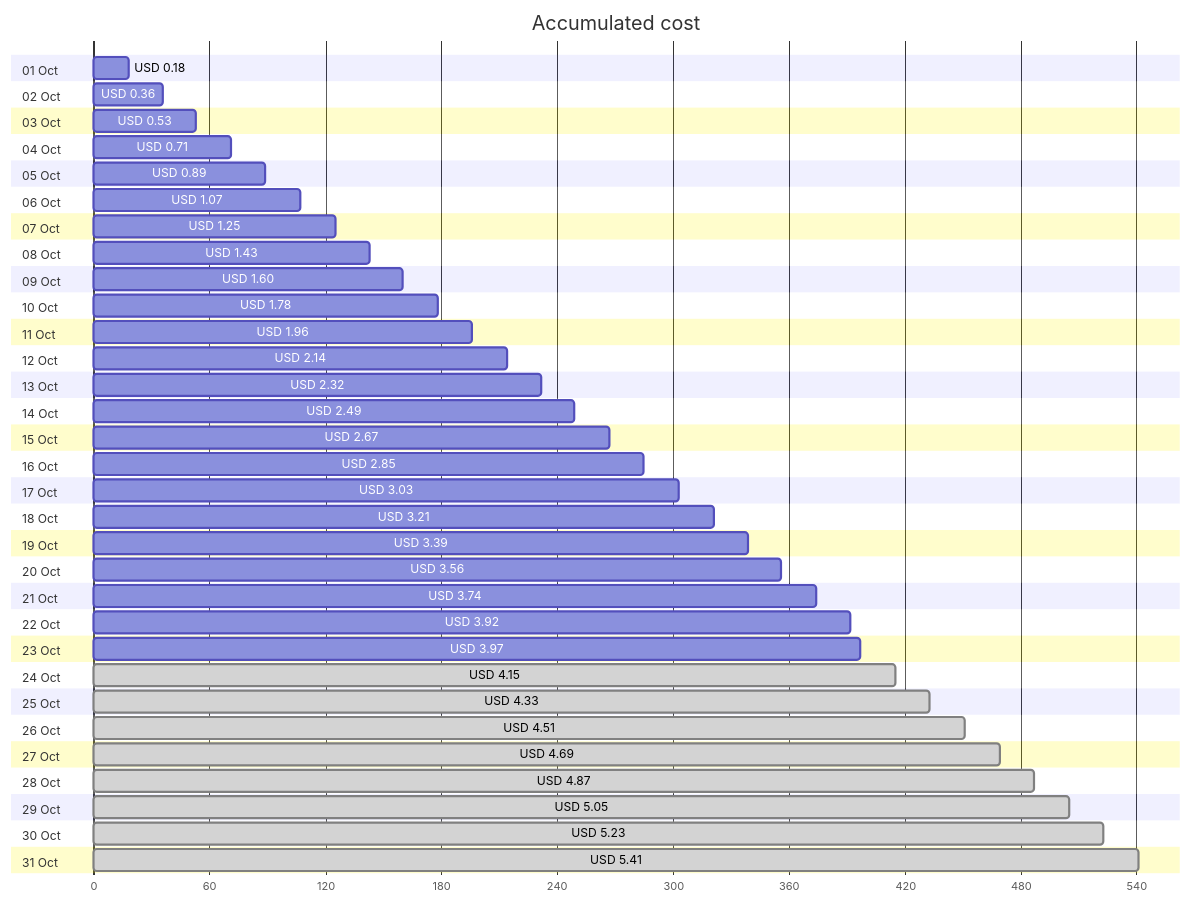
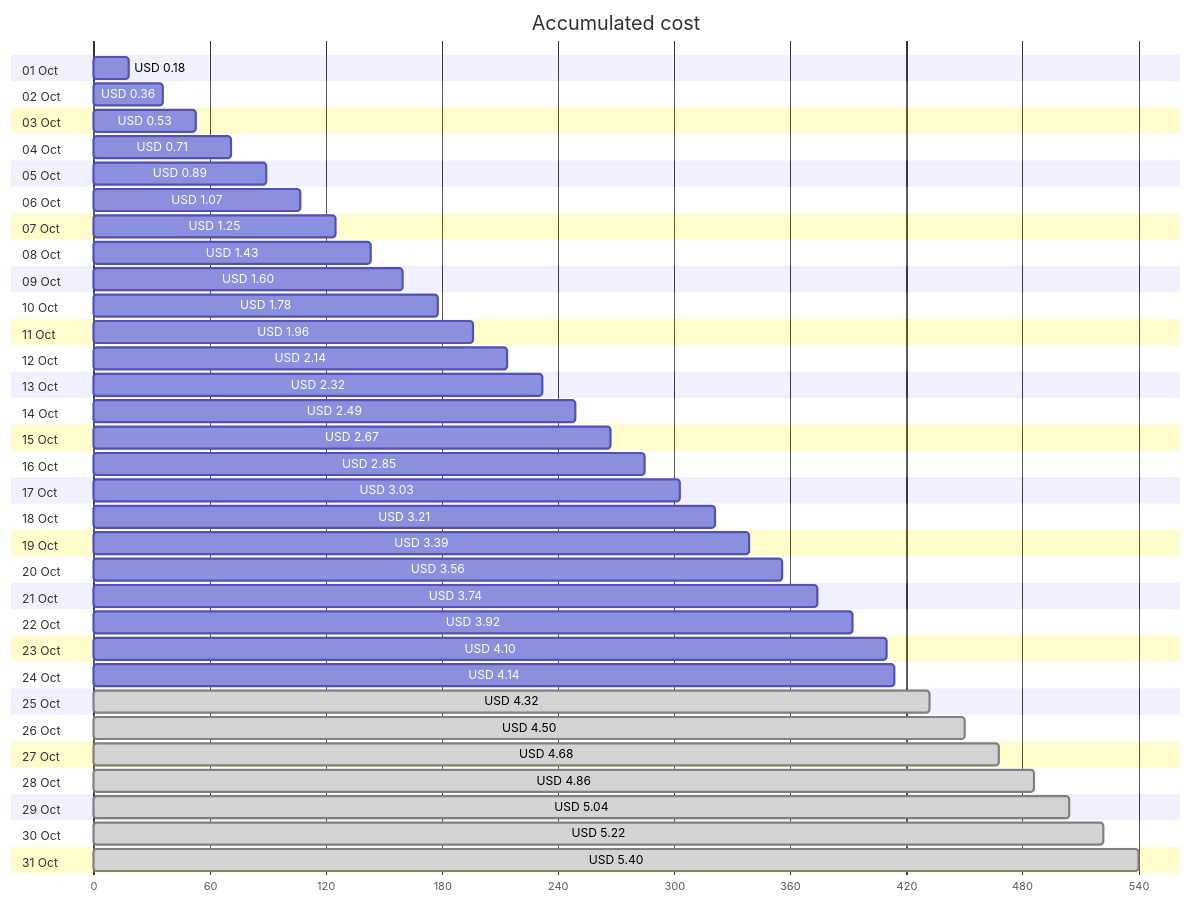
One commit to jpfulton/azure-personal-reports changed the first of 4 diagrams in cost-reports/personal-network/backup-server.md. Above: the diagram before and after it, drawn with Mermaid. The commit also changed other lines of this file and 8 other files, not shown here.

````diff
--- a/cost-reports/personal-network/backup-server.md
+++ b/cost-reports/personal-network/backup-server.md
@@ -20,68 +20,68 @@
 ```mermaid
 gantt
    title Accumulated cost
    dateFormat  X
    axisFormat %s
    section 01 Oct
    USD 0.18 :0, 18
    section 02 Oct
    USD 0.36 :0, 36
    section 03 Oct
    USD 0.53 :0, 53
    section 04 Oct
    USD 0.71 :0, 71
    section 05 Oct
    USD 0.89 :0, 89
    section 06 Oct
    USD 1.07 :0, 107
    section 07 Oct
    USD 1.25 :0, 125
    section 08 Oct
    USD 1.43 :0, 143
    section 09 Oct
    USD 1.60 :0, 160
    section 10 Oct
    USD 1.78 :0, 178
    section 11 Oct
    USD 1.96 :0, 196
    section 12 Oct
    USD 2.14 :0, 214
    section 13 Oct
    USD 2.32 :0, 232
    section 14 Oct
    USD 2.49 :0, 249
    section 15 Oct
    USD 2.67 :0, 267
    section 16 Oct
    USD 2.85 :0, 285
    section 17 Oct
    USD 3.03 :0, 303
    section 18 Oct
    USD 3.21 :0, 321
    section 19 Oct
    USD 3.39 :0, 339
    section 20 Oct
    USD 3.56 :0, 356
    section 21 Oct
    USD 3.74 :0, 374
    section 22 Oct
    USD 3.92 :0, 392
    section 23 Oct
-   USD 3.97 :0, 397
+   USD 4.10 :0, 410
    section 24 Oct
-   USD 4.15 : done, 0, 415
+   USD 4.14 :0, 414
    section 25 Oct
-   USD 4.33 : done, 0, 433
+   USD 4.32 : done, 0, 432
    section 26 Oct
-   USD 4.51 : done, 0, 451
+   USD 4.50 : done, 0, 450
    section 27 Oct
-   USD 4.69 : done, 0, 469
+   USD 4.68 : done, 0, 468
    section 28 Oct
-   USD 4.87 : done, 0, 487
+   USD 4.86 : done, 0, 486
    section 29 Oct
-   USD 5.05 : done, 0, 505
+   USD 5.04 : done, 0, 504
    section 30 Oct
-   USD 5.23 : done, 0, 523
+   USD 5.22 : done, 0, 522
    section 31 Oct
-   USD 5.41 : done, 0, 541
+   USD 5.40 : done, 0, 540
 ```
````
